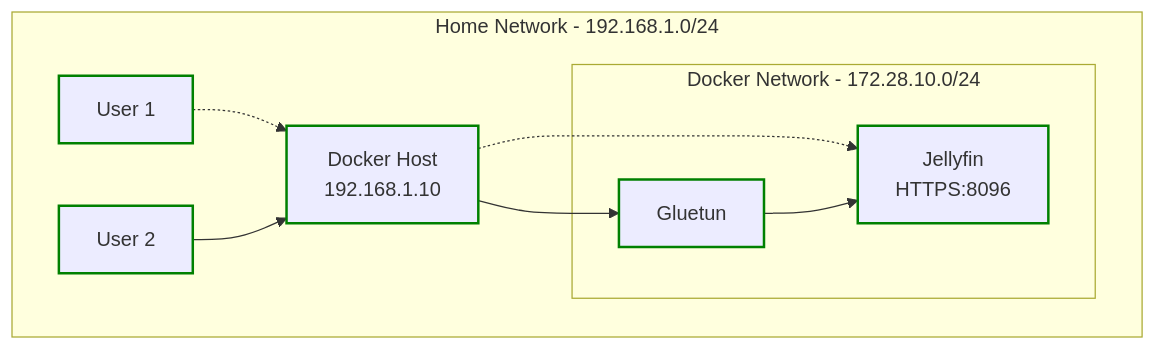
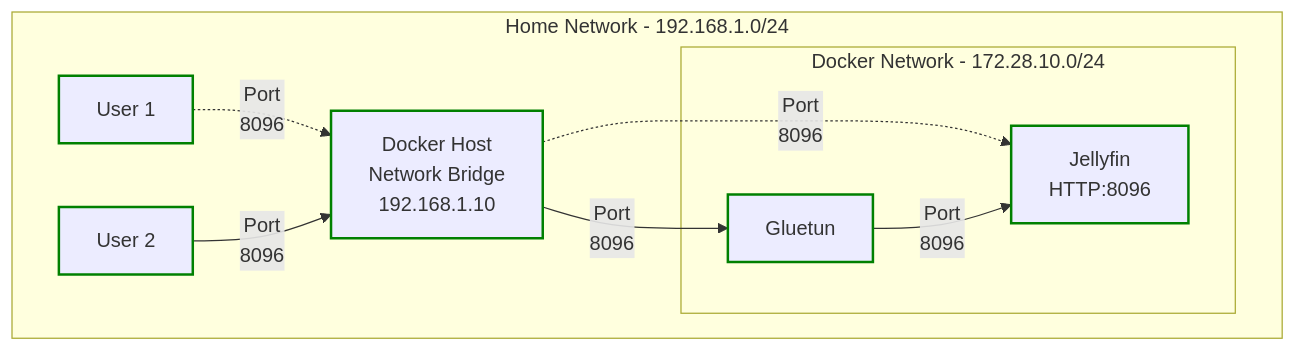
Before and after one commit to geekau/mediastack: the fourth of 4 diagrams in README.md, drawn with Mermaid. The commit also changed other lines of this file and 7 other files, not shown here.

````diff
--- a/README.md
+++ b/README.md
@@ -276,21 +309,21 @@
 ``` mermaid
 graph TB
     subgraph HomeNet[<center>Home Network - 192.168.1.0/24</center>]
-        1[<center>User 1</center>]-.->NIC
-        2[<center>User 2</center>]-->NIC
-        NIC -.-> Jellyfin
-        NIC[<center>Docker Host</p>192.168.1.10</center>] --> Gluetun
+        1[<center>User 1</center>]-.-> | Port</br>8096 | NIC
+        2[<center>User 2</center>]-->| Port</br>8096 | NIC
+        NIC -.-> | Port</br>8096 | Jellyfin
+        NIC[<center>Docker Host</br>Network Bridge</br>192.168.1.10</center>] --> | Port</br>8096 | Gluetun
 
         subgraph DockerNet[<center>Docker Network - 172.28.10.0/24</center>]
             Gluetun
-            Jellyfin[<center>Jellyfin</p>HTTPS:8096</center>]
+            Jellyfin[<center>Jellyfin</br>HTTP:8096</center>]
         end
-    Gluetun --> Jellyfin
+    Gluetun --> | Port</br>8096 | Jellyfin
     end
 
 style 1 stroke:green,stroke-width:2px
 style 2 stroke:green,stroke-width:2px
 style NIC stroke:green,stroke-width:2px
 style Gluetun stroke:green,stroke-width:2px
 style Jellyfin stroke:green,stroke-width:2px
 ```
````
